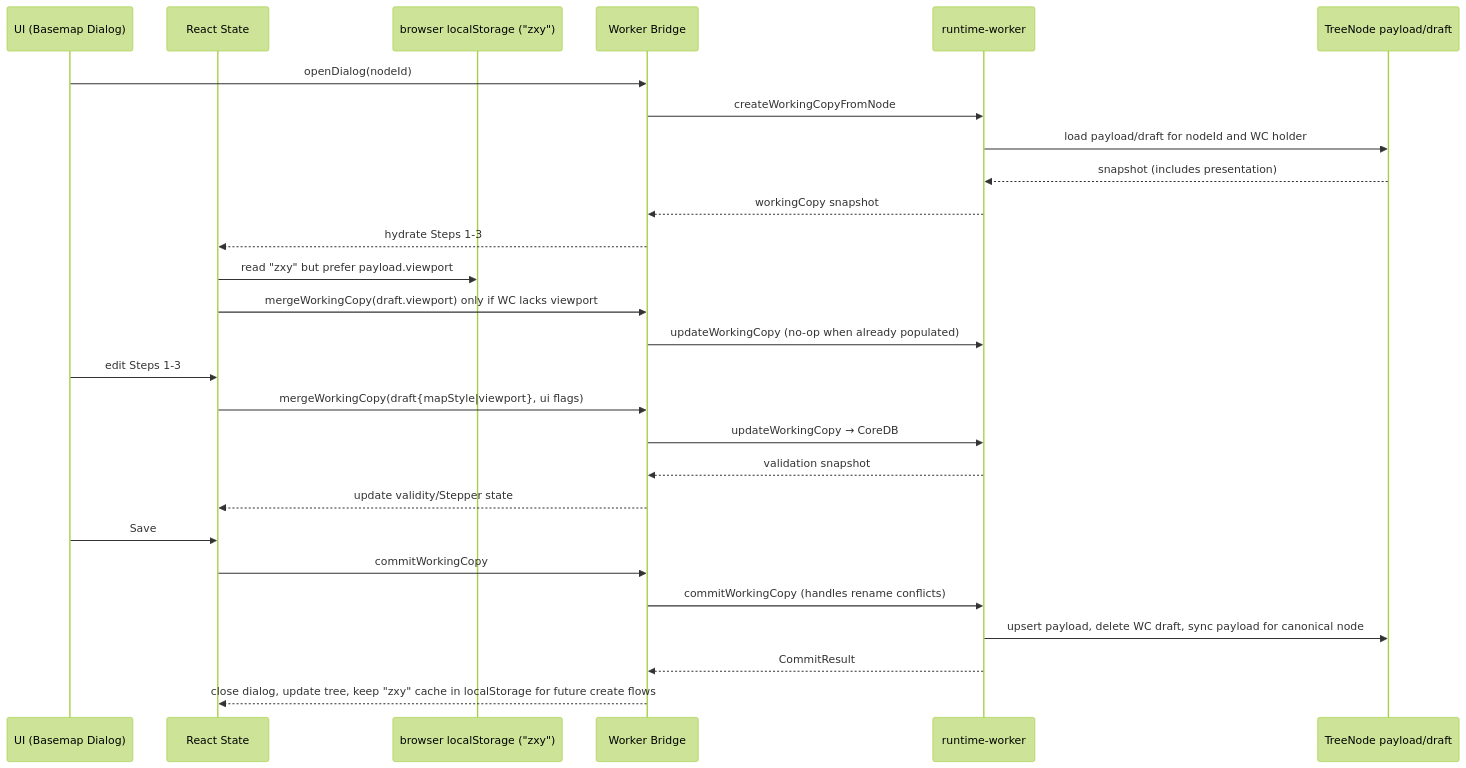
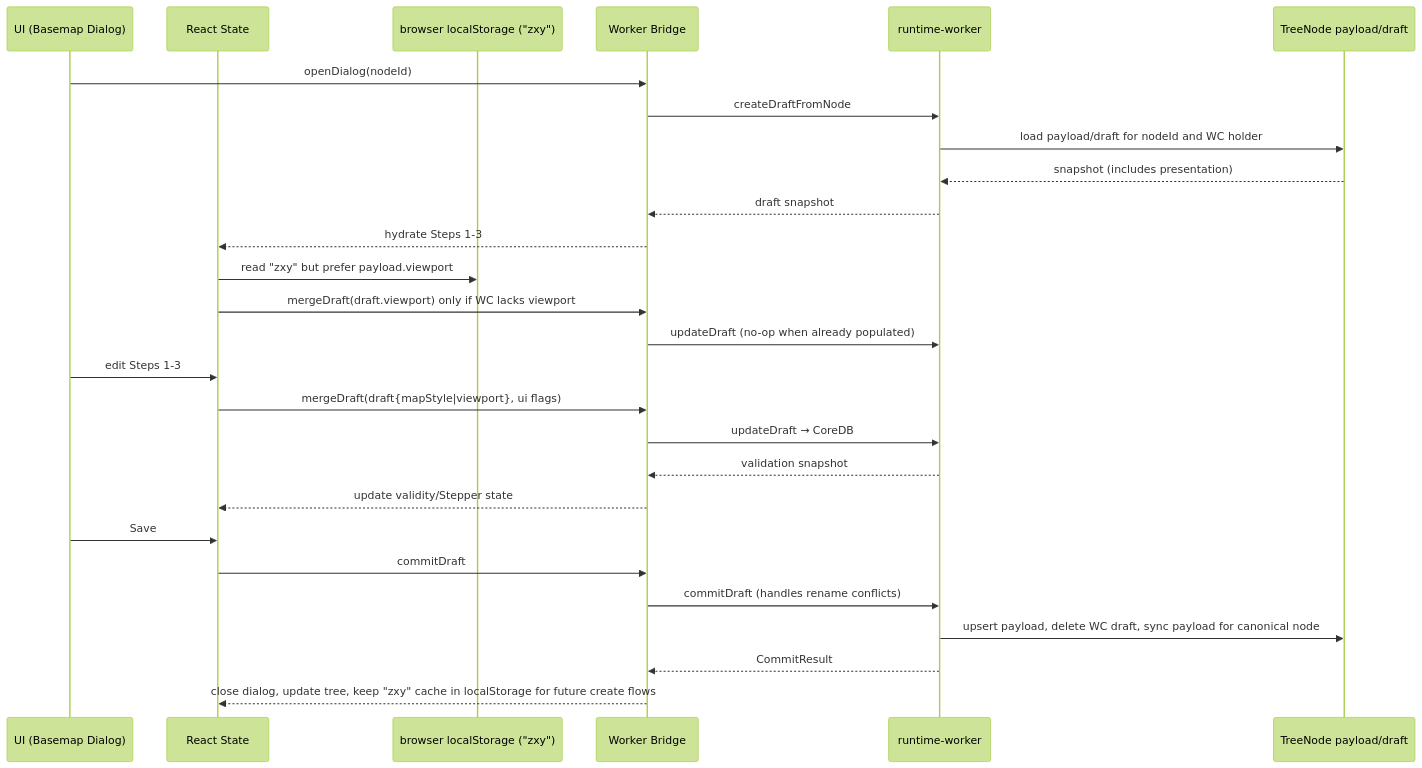
The second of 2 diagrams in docs/basemap-dialog-flow.md (kubohiroya/hierarchidb), drawn with Mermaid (forest theme) before and after one commit. The commit also changed other lines of this file and 796 other files, not shown here.

````diff
--- a/docs/basemap-dialog-flow.md
+++ b/docs/basemap-dialog-flow.md
@@ -63,33 +63,33 @@
 ```mermaid
 sequenceDiagram
     participant User as UI (Basemap Dialog)
     participant React as React State
     participant Local as browser localStorage ("zxy")
     participant Comlink as Worker Bridge
     participant Worker as runtime-worker
     participant CoreDB as TreeNode payload/draft
 
     User->>Comlink: openDialog(nodeId)
-    Comlink->>Worker: createWorkingCopyFromNode
+    Comlink->>Worker: createDraftFromNode
     Worker->>CoreDB: load payload/draft for nodeId and WC holder
     CoreDB-->>Worker: snapshot (includes presentation)
-    Worker-->>Comlink: workingCopy snapshot
+    Worker-->>Comlink: draft snapshot
     Comlink-->>React: hydrate Steps 1-3
 
     React->>Local: read "zxy" but prefer payload.viewport
-    React->>Comlink: mergeWorkingCopy(draft.viewport) only if WC lacks viewport
-    Comlink->>Worker: updateWorkingCopy (no-op when already populated)
+    React->>Comlink: mergeDraft(draft.viewport) only if WC lacks viewport
+    Comlink->>Worker: updateDraft (no-op when already populated)
 
     User->>React: edit Steps 1-3
-    React->>Comlink: mergeWorkingCopy(draft{mapStyle|viewport}, ui flags)
-    Comlink->>Worker: updateWorkingCopy → CoreDB
+    React->>Comlink: mergeDraft(draft{mapStyle|viewport}, ui flags)
+    Comlink->>Worker: updateDraft → CoreDB
     Worker-->>Comlink: validation snapshot
     Comlink-->>React: update validity/Stepper state
 
     User->>React: Save
-    React->>Comlink: commitWorkingCopy
-    Comlink->>Worker: commitWorkingCopy (handles rename conflicts)
+    React->>Comlink: commitDraft
+    Comlink->>Worker: commitDraft (handles rename conflicts)
     Worker->>CoreDB: upsert payload, delete WC draft, sync payload for canonical node
     Worker-->>Comlink: CommitResult
     Comlink-->>React: close dialog, update tree, keep "zxy" cache in localStorage for future create flows
 ```
````
